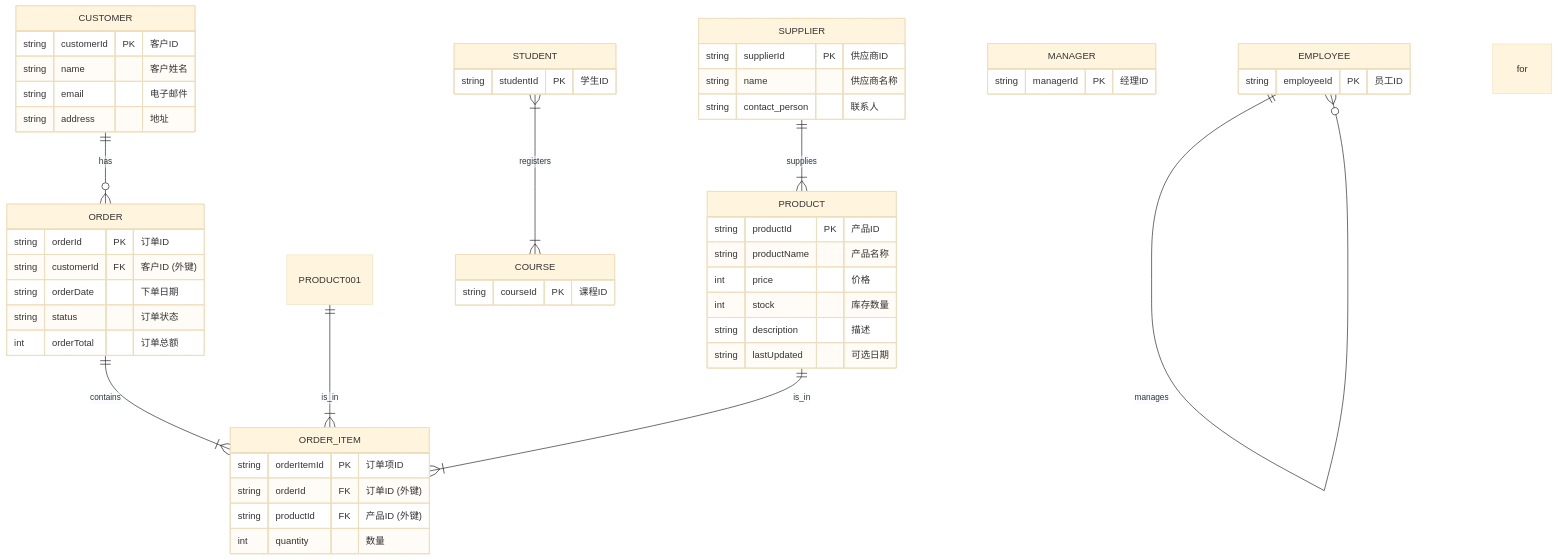
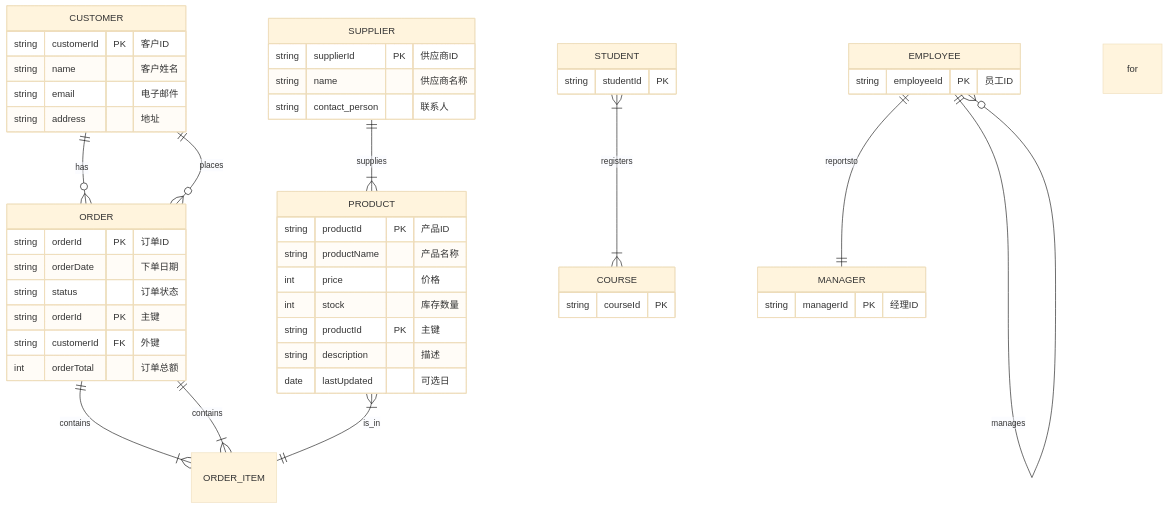
The diagram in README-Mermaid.md (znbdev/know-how), drawn with Mermaid (base theme) before and after one commit. The commit also changed other lines of this file, not shown here.

Commit message:
docs(README-Mermaid): 更新 ERD 示例并添加样式解读- 扩展了 ERD 示例，增加了更多实体和关系 - 添加了样式解读部分，解释了 ERD 中的各种符号和语法- 更新了示例代码，使其更加详细和易懂 -增加了参考链接，方便读者进一步学习 Mermaid ERD语法

````diff
--- a/README-Mermaid.md
+++ b/README-Mermaid.md
@@ -10,76 +14,94 @@
 ```mermaid
 erDiagram
-%%--------------------------------------------------
-%%                  实体和属性定义
-%%--------------------------------------------------
-CUSTOMER {
-string customerId PK "客户ID"
-string name "客户姓名"
-string email "电子邮件"
-string address "地址"
-}
+    %%--------------------------------------------------
+    %% 实体定义 (Entity Definition)
+    %%--------------------------------------------------
+    CUSTOMER ||--o{ ORDER : has
+    CUSTOMER {
+        string customerId PK "客户ID"
+        string name "客户姓名"
+        string email "电子邮件"
+        string address "地址"
+    }
 
+    ORDER ||--|{ ORDER_ITEM : contains
     ORDER {
         string orderId PK "订单ID"
-        string customerId FK "客户ID (外键)"
         string orderDate "下单日期"
         string status "订单状态"
-        int orderTotal "订单总额"
     }
 
+    PRODUCT }|--|| ORDER_ITEM : is_in
     PRODUCT {
         string productId PK "产品ID"
         string productName "产品名称"
         int price "价格"
         int stock "库存数量"
-        string description "描述"
-        string lastUpdated "可选日期"
     }
 
+    SUPPLIER ||--|{ PRODUCT : supplies
     SUPPLIER {
         string supplierId PK "供应商ID"
         string name "供应商名称"
         string contact_person "联系人"
     }
 
-    ORDER_ITEM {
-        string orderItemId PK "订单项ID"
-        string orderId FK "订单ID (外键)"
-        string productId FK "产品ID (外键)"
-        int quantity "数量"
-    }
+    %%--------------------------------------------------
+    %% 关系定义 (Relationship Definition)
+    %%--------------------------------------------------
+    %% 关系名称: `关系`
+    %% 关系方向: `方向`
+    %% 关系基数 (Cardinality): `基数`
+    %% 实体名称1 `基数1`--`基数2` 实体名称2 : "关系名称"
+
+    %% 一对多 (One-to-many): 一个顾客可以下多个订单
+    CUSTOMER ||--o{ ORDER : places
+
+    %% 一对一 (One-to-one): 一个员工可以有一个经理
     
+    EMPLOYEE ||--|| MANAGER : reportsto
+
+
     EMPLOYEE {
         string employeeId PK "员工ID"
     }
-    
     MANAGER {
         string managerId PK "经理ID"
     }
 
+    %% 多对多 (Many-to-many): 一个学生可以选多门课程，一门课程可以被多个学生选
+    STUDENT }|--|{ COURSE : registers for
     STUDENT {
-        string studentId PK "学生ID"
+        string studentId PK
     }
-    
     COURSE {
-        string courseId PK "课程ID"
+        string courseId PK
     }
 
-    %%--------------------------------------------------
-    %%                  关系定义
-    %%--------------------------------------------------
-    
-    CUSTOMER ||--o{ ORDER : has
-
+    %% 弱实体 (Weak Entity): 订单项依赖于订单
     ORDER ||--|{ ORDER_ITEM : contains
 
-    PRODUCT001 ||--|{ ORDER_ITEM : is_in
+    %% 循环关系 (Recursive Relationship): 员工可以管理其他员工
+    EMPLOYEE ||--o{ EMPLOYEE : manages
+
+    %%--------------------------------------------------
+    %% 属性类型和键 (Attribute Types & Keys)
+    %%--------------------------------------------------
+    %% 主键 (Primary Key): `PK` 或 `PK,FK`
+    %% 外键 (Foreign Key): `FK`
+    %% 必需属性 (Required): 默认为必需
+    %% 可选属性 (Optional): 使用 `?`TODO这个好像无效
+    %% 属性注释: "描述"
     
-    PRODUCT ||--|{ ORDER_ITEM : is_in
-    
-    SUPPLIER ||--|{ PRODUCT : supplies
+    ORDER {
+        string orderId PK "主键"
+        string customerId FK "外键"
+        int orderTotal "订单总额"
+    }
 
-    STUDENT }|--|{ COURSE : registers for
-
-    EMPLOYEE ||--o{ EMPLOYEE : manages
+    PRODUCT {
+        string productId PK "主键"
+        string description "描述"
+         date lastUpdated "可选日"
+    }
 ```
````
